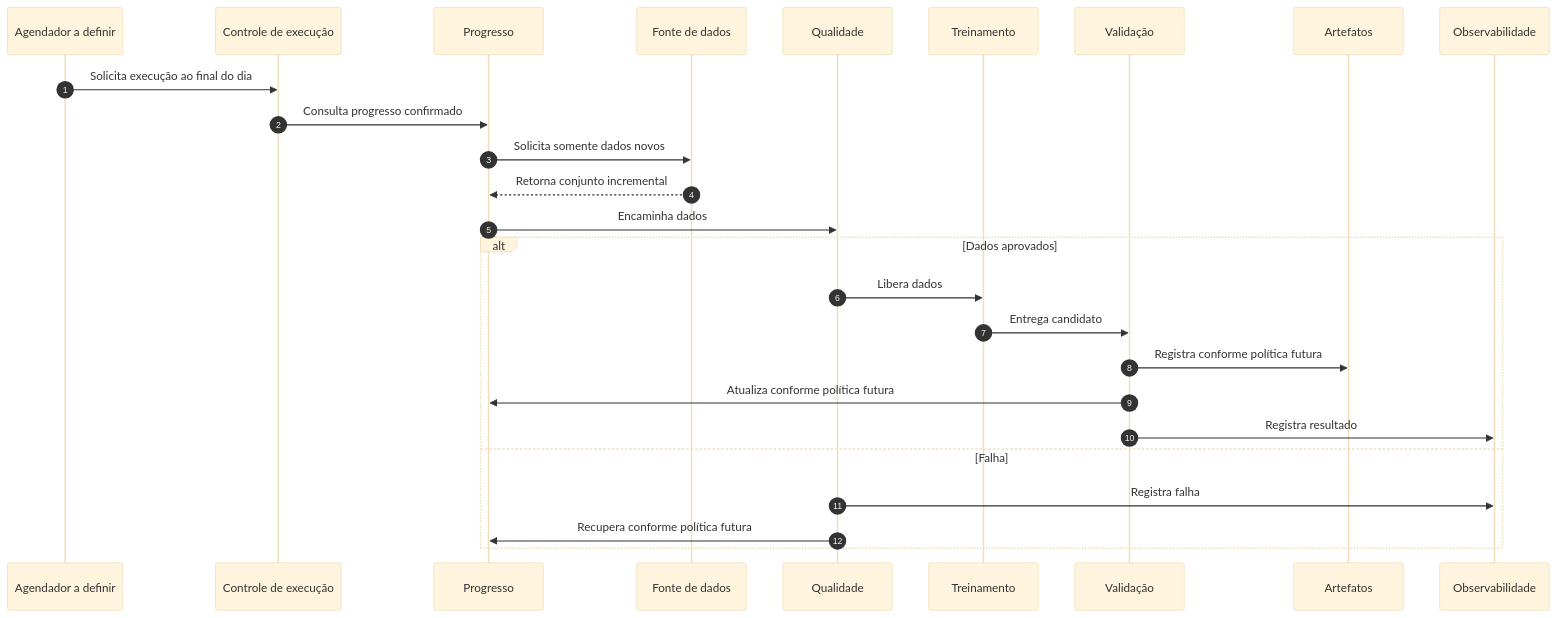
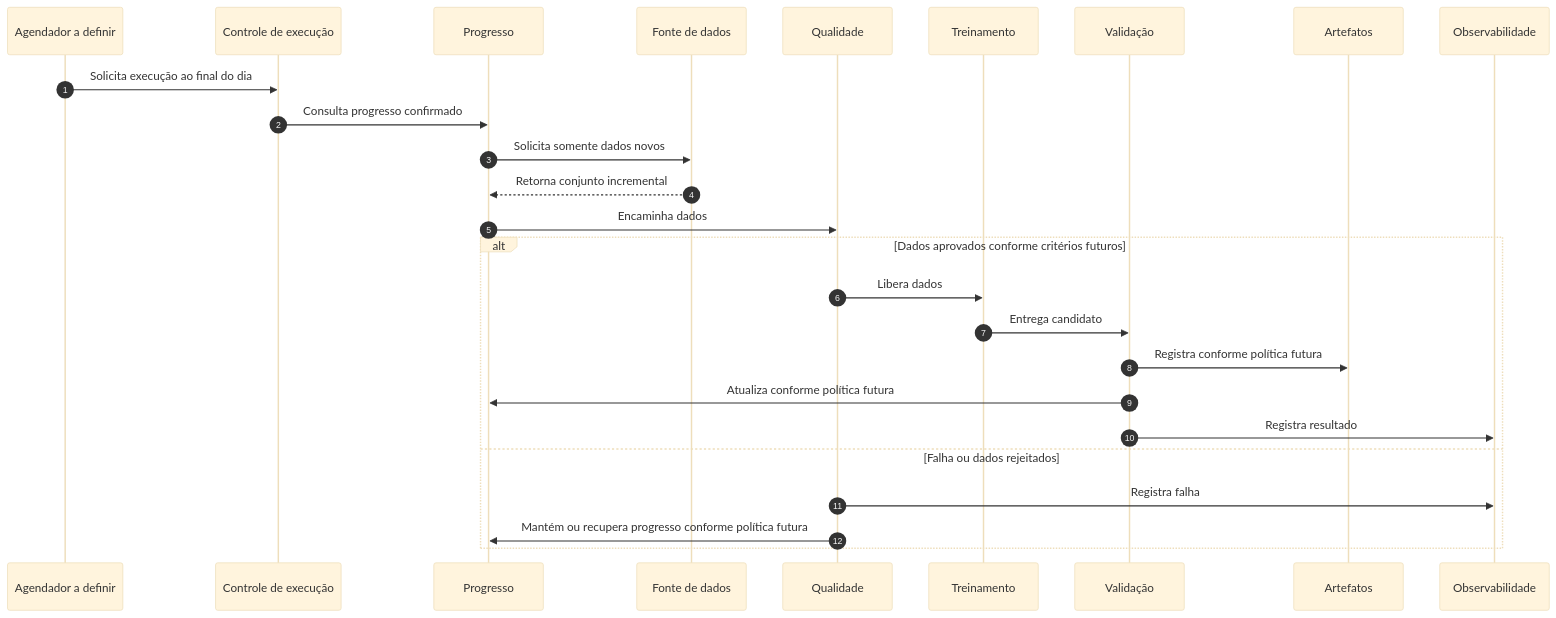
One commit to Jefferson-Silva-Geronimo/jefferson.geronimo-Foot-Fanatics changed the sixth of 6 diagrams in docs/arquitetura.md. Above: the diagram before and after it, drawn with Mermaid (base theme). The commit also changed other lines of this file and 1 other file, not shown here.

````diff
--- a/docs/arquitetura.md
+++ b/docs/arquitetura.md
@@ -399,28 +444,28 @@
 ```mermaid
 sequenceDiagram
   autonumber
   participant AG as Agendador a definir
   participant EX as Controle de execução
   participant CP as Progresso
   participant FD as Fonte de dados
   participant QD as Qualidade
   participant TR as Treinamento
   participant VA as Validação
   participant AR as Artefatos
   participant OB as Observabilidade
   AG->>EX: Solicita execução ao final do dia
   EX->>CP: Consulta progresso confirmado
   CP->>FD: Solicita somente dados novos
   FD-->>CP: Retorna conjunto incremental
   CP->>QD: Encaminha dados
-  alt Dados aprovados
+  alt Dados aprovados conforme critérios futuros
     QD->>TR: Libera dados
     TR->>VA: Entrega candidato
     VA->>AR: Registra conforme política futura
     VA->>CP: Atualiza conforme política futura
     VA->>OB: Registra resultado
-  else Falha
+  else Falha ou dados rejeitados
     QD->>OB: Registra falha
-    QD->>CP: Recupera conforme política futura
+    QD->>CP: Mantém ou recupera progresso conforme política futura
   end
 ```
````
